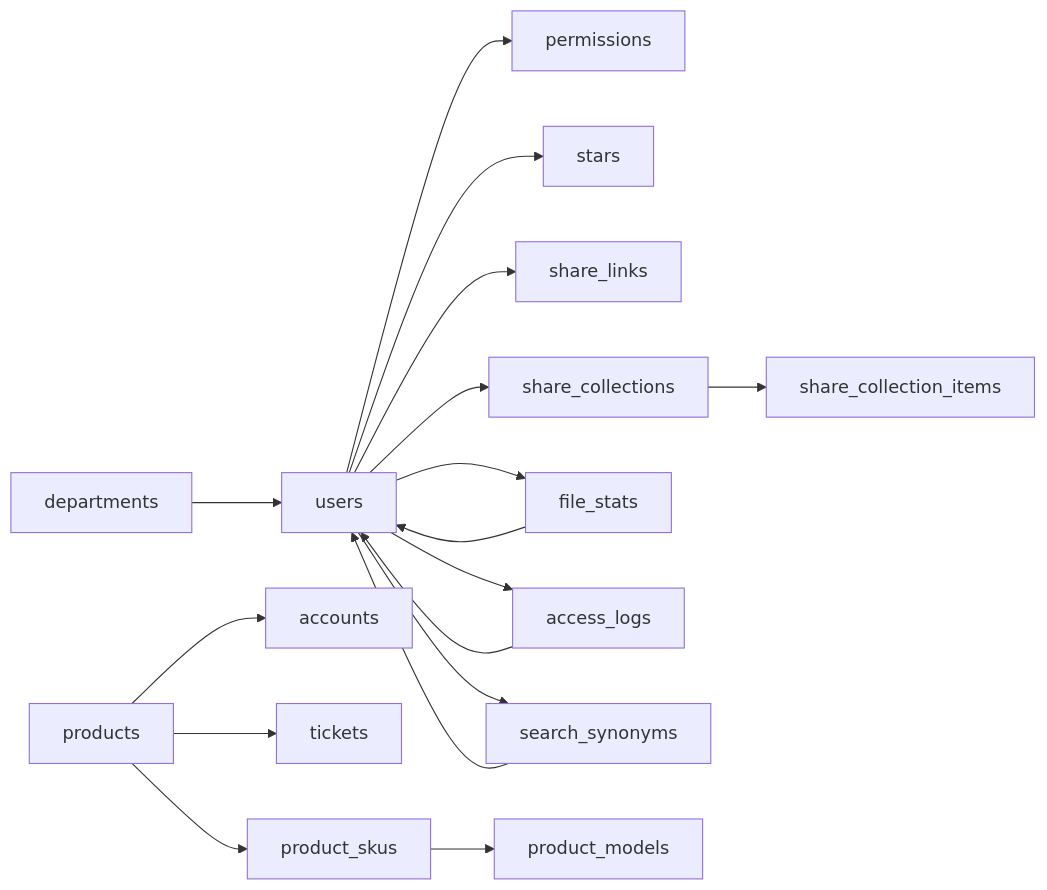
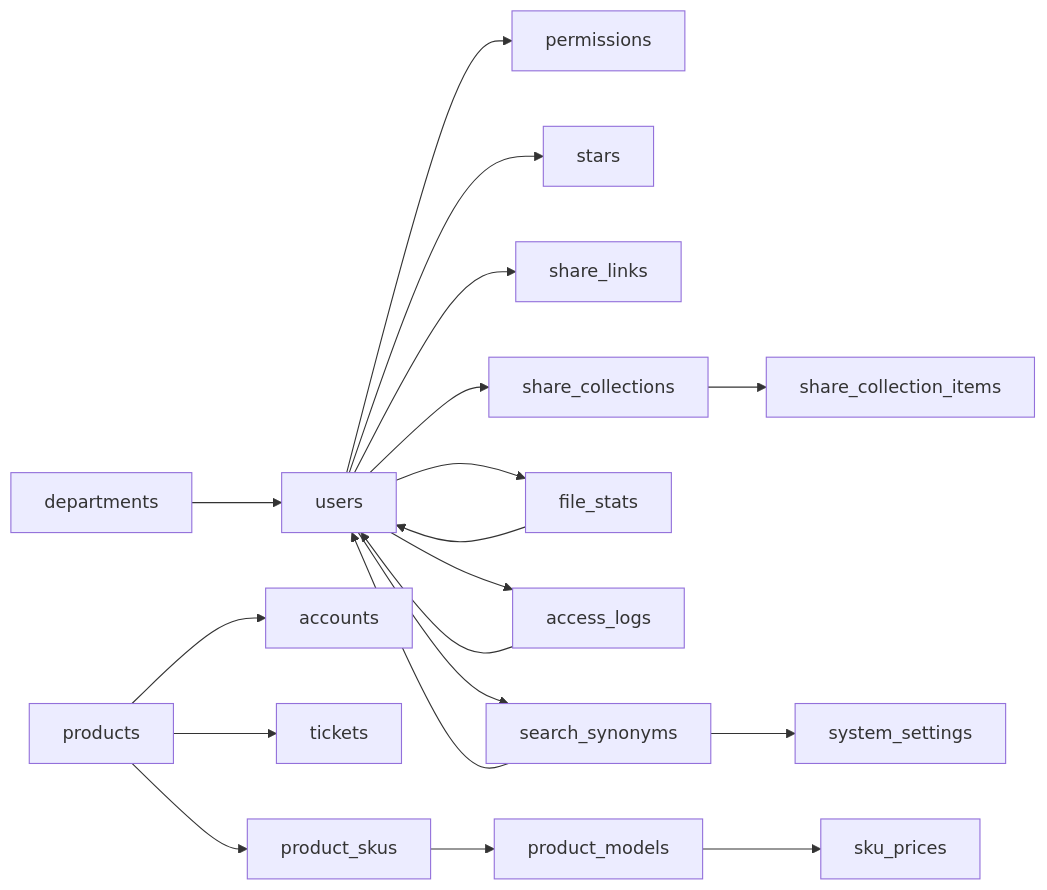
The third of 3 diagrams in .qoder/repowiki/zh/content/数据库设计/数据库表结构.md (CubeEdge/Longhorn), drawn with Mermaid before and after one commit. The commit also changed other lines of this file and 53 other files, not shown here.

````diff
--- a/.qoder/repowiki/zh/content/数据库设计/数据库表结构.md
+++ b/.qoder/repowiki/zh/content/数据库设计/数据库表结构.md
@@ -851,19 +959,21 @@
 ```mermaid
 graph LR
 D["departments"] --> U["users"]
 U --> P["permissions"]
 U --> S["stars"]
 U --> SL["share_links"]
 U --> SC["share_collections"]
 U --> FS["file_stats"]
 U --> AL["access_logs"]
 U --> SS["search_synonyms"]
 SC --> SCI["share_collection_items"]
 FS --> U
 AL --> U
 SS --> U
 PR["products"] --> AC["accounts"]
 PR --> TK["tickets"]
 PR --> PS["product_skus"]
 PS --> PM["product_models"]
+PM --> SP["sku_prices"]
+SS --> SY["system_settings"]
 ```
````
